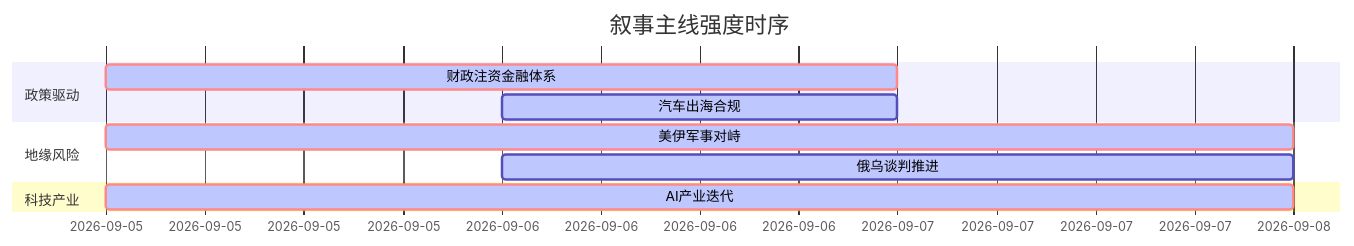
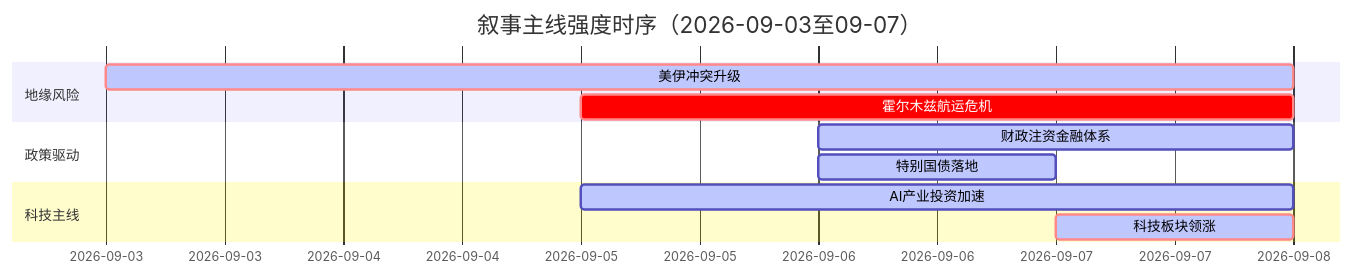
Before and after one commit to uu5zn/uu5zn.github.io: the diagram in 5day_report.md, drawn with Mermaid. The commit also changed other lines of this file and 23 other files, not shown here.

````diff
--- a/5day_report.md
+++ b/5day_report.md
@@ -86,15 +58,16 @@
 ```mermaid
 gantt
-    title 叙事主线强度时序
+    title 叙事主线强度时序（2026-09-03至09-07）
     dateFormat YYYY-MM-DD
+    section 地缘风险
+    美伊冲突升级       :crit, active, 2026-09-03, 5d
+    霍尔木兹航运危机   :crit, 2026-09-05, 3d
+    
     section 政策驱动
-    财政注资金融体系   :crit, active, 2026-09-05, 2d
-    汽车出海合规       :active, 2026-09-06, 1d
+    财政注资金融体系   :active, 2026-09-06, 2d
+    特别国债落地       :active, 2026-09-06, 1d
     
-    section 地缘风险
-    美伊军事对峙       :crit, active, 2026-09-05, 3d
-    俄乌谈判推进       :active, 2026-09-06, 2d
-    
-    section 科技产业
-    AI产业迭代         :crit, active, 2026-09-05, 3d
+    section 科技主线
+    AI产业投资加速     :active, 2026-09-05, 3d
+    科技板块领涨       :crit, active, 2026-09-07, 1d
 ```
````
